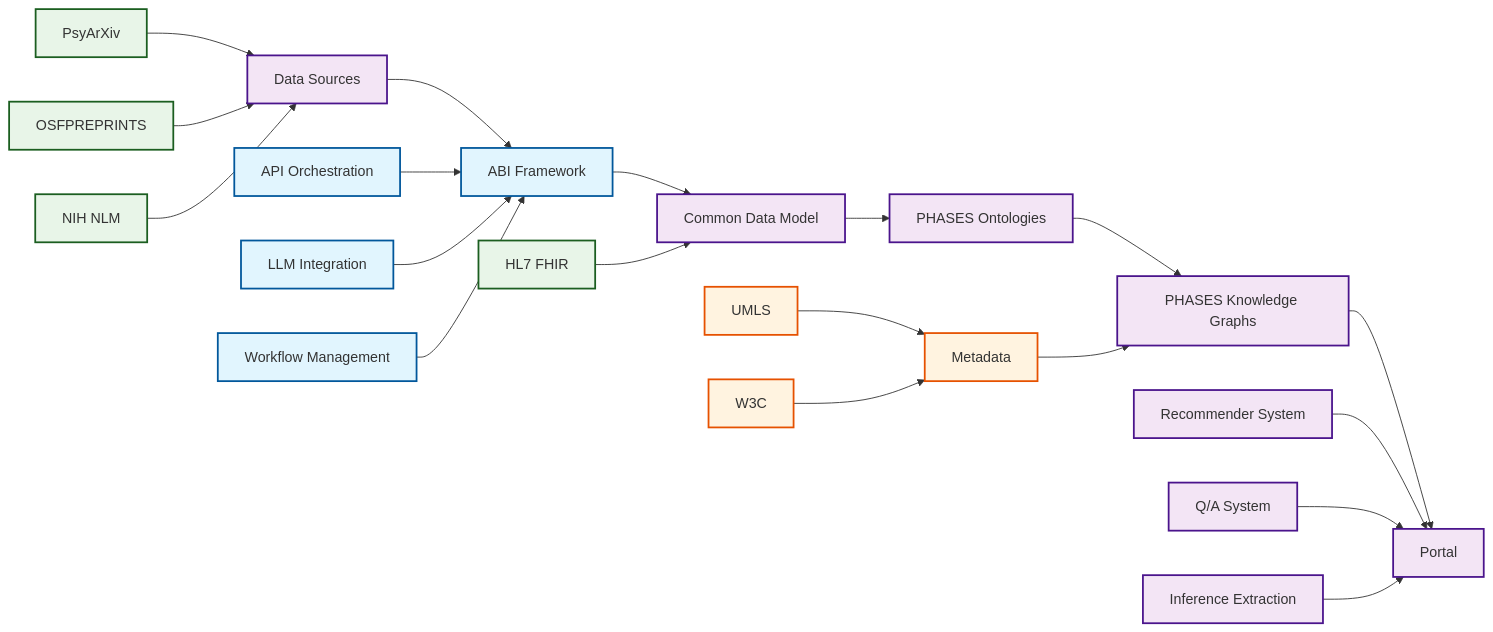
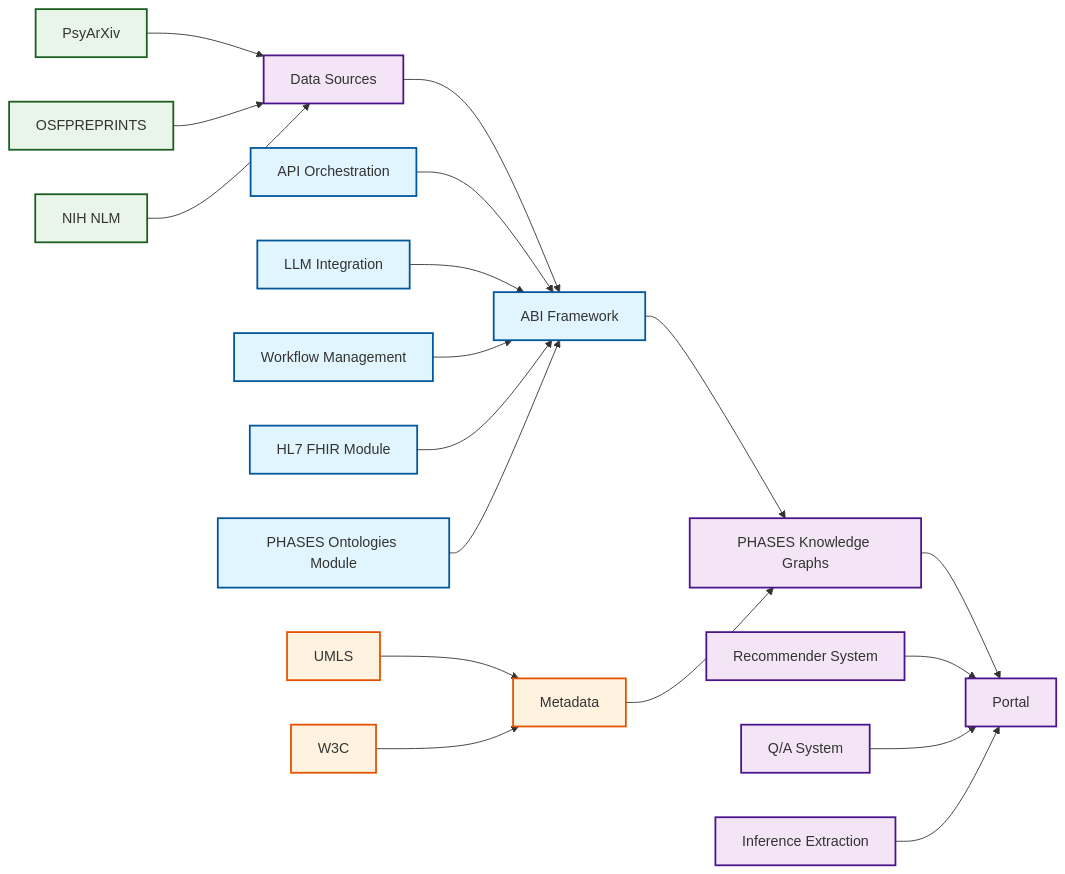
Before and after one commit to NCOR-Organization/HealthyPhases: the fourth of 4 diagrams in docs/resources/portal-development.md, drawn with Mermaid. The commit also changed other lines of this file, not shown here.

Commit message:
Update portal architecture: integrate FHIR and PHASES ontologies as ABI modules
- Move HL7 FHIR from separate component to ABI Framework module
- Move PHASES Ontologies from separate component to ABI Framework module
- Update Phase 4 description to reflect integrated module approach
- Update ABI Framework Role section to include both modules
- Simplify architecture diagram showing ABI as central hub with integrated modules
- Maintain color coding system with updated legend

````diff
--- a/docs/resources/portal-development.md
+++ b/docs/resources/portal-development.md
@@ -165,37 +177,35 @@
 ```mermaid
 flowchart LR
     A[Data Sources] --> B[ABI Framework]
-    B --> C[Common Data Model]
-    C --> D[PHASES Ontologies]
-    D --> E[PHASES Knowledge Graphs]
-    E --> F[Portal]
+    B --> C[PHASES Knowledge Graphs]
+    C --> D[Portal]
     
-    G[Metadata] --> E
+    E[Metadata] --> C
     
     A1[PsyArXiv] --> A
     A2[OSFPREPRINTS] --> A
     A3[NIH NLM] --> A
     
     B1[API Orchestration] --> B
     B2[LLM Integration] --> B
     B3[Workflow Management] --> B
+    B4[HL7 FHIR Module] --> B
+    B5[PHASES Ontologies Module] --> B
     
-    C1[HL7 FHIR] --> C
+    E1[UMLS] --> E
+    E2[W3C] --> E
     
-    G1[UMLS] --> G
-    G2[W3C] --> G
-    
-    F1[Recommender System] --> F
-    F2[Q/A System] --> F
-    F3[Inference Extraction] --> F
+    D1[Recommender System] --> D
+    D2[Q/A System] --> D
+    D3[Inference Extraction] --> D
     
     classDef planned fill:#f3e5f5,stroke:#4a148c,stroke-width:2px
     classDef data fill:#e8f5e8,stroke:#1b5e20,stroke-width:2px
     classDef metadata fill:#fff3e0,stroke:#e65100,stroke-width:2px
     classDef abi fill:#e1f5fe,stroke:#01579b,stroke-width:2px
     
-    class A,C,D,E,F,F1,F2,F3 planned
-    class A1,A2,A3,C1 data
-    class G,G1,G2 metadata
-    class B,B1,B2,B3 abi
+    class A,C,D,D1,D2,D3 planned
+    class A1,A2,A3 data
+    class E,E1,E2 metadata
+    class B,B1,B2,B3,B4,B5 abi
 ```
````
